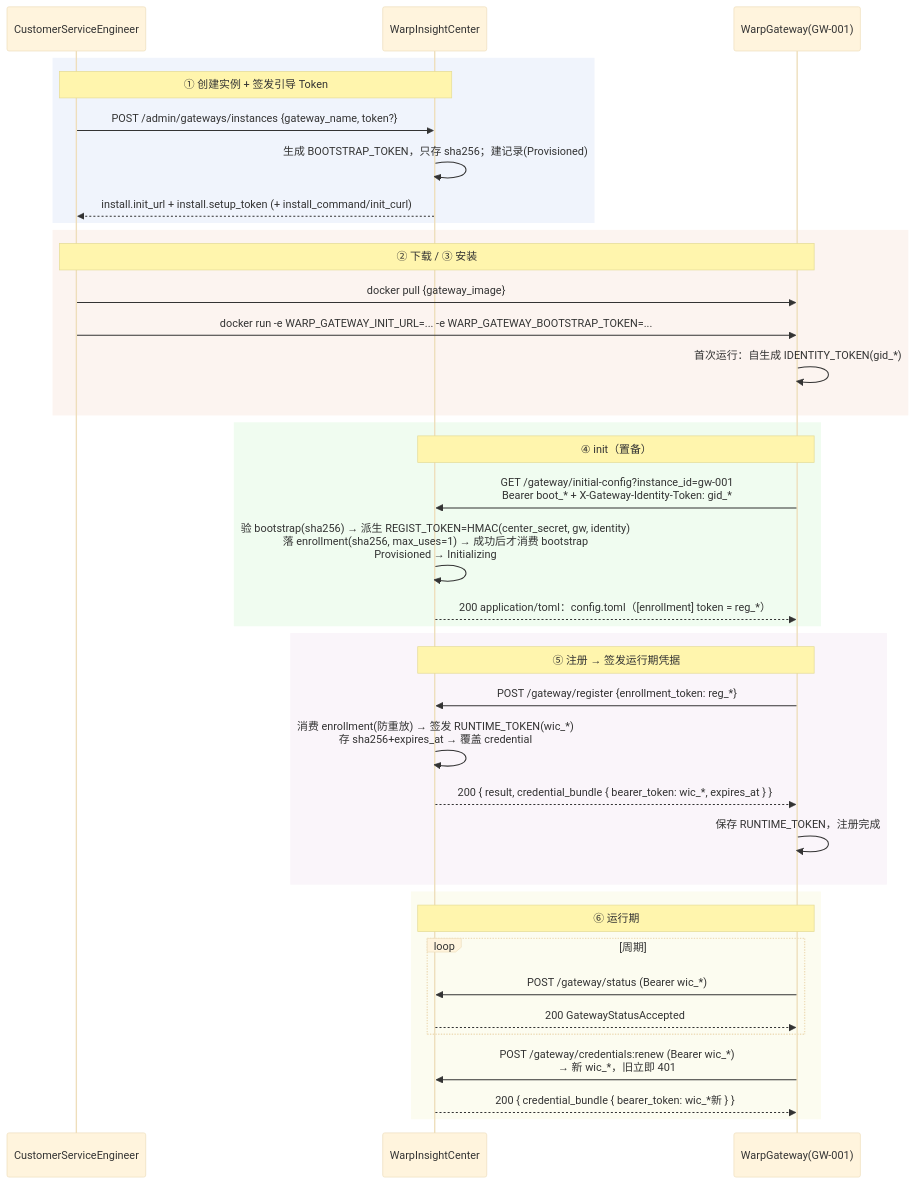
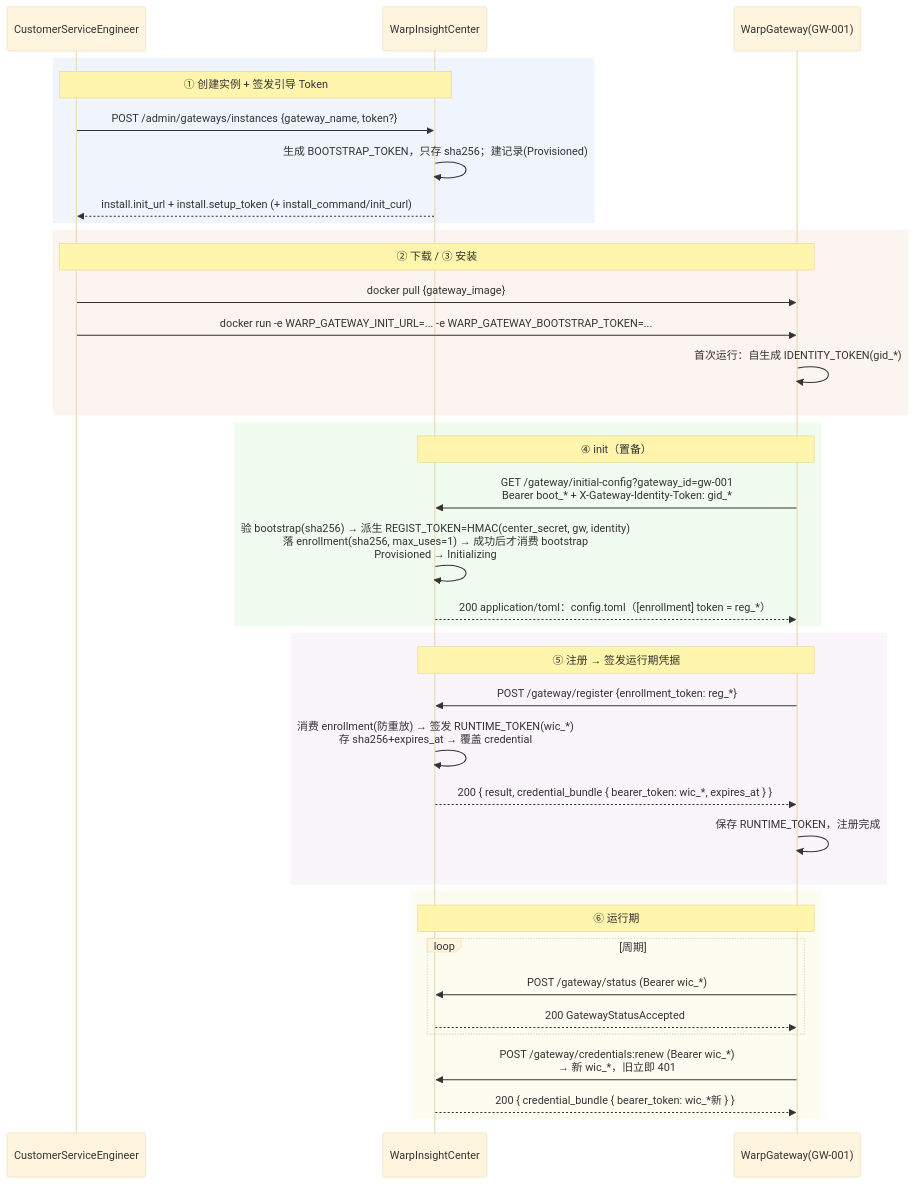
Before and after one commit to dayu-sec/wist-design: the diagram in doc/design/center/gateway-enrollment-flow.md, drawn with Mermaid (base theme). The commit also changed other lines of this file and 1 other file, not shown here.

First line of the commit message:
design(gateway): 安全注册到 Center —— 客户端证书 mTLS（取代运行期 bearer）

````diff
--- a/doc/design/center/gateway-enrollment-flow.md
+++ b/doc/design/center/gateway-enrollment-flow.md
@@ -27,45 +33,45 @@
 ```mermaid
 sequenceDiagram
     participant Admin as CustomerServiceEngineer
     participant Center as WarpInsightCenter
     participant GW as WarpGateway(GW-001)
 
     rect rgb(240,244,252)
     note over Admin,Center: ① 创建实例 + 签发引导 Token
     Admin->>Center: POST /admin/gateways/instances {gateway_name, token?}
     Center->>Center: 生成 BOOTSTRAP_TOKEN，只存 sha256；建记录(Provisioned)
     Center-->>Admin: install.init_url + install.setup_token (+ install_command/init_curl)
     end
 
     rect rgb(252,244,240)
     note over Admin,GW: ② 下载 / ③ 安装
     Admin->>GW: docker pull {gateway_image}
     Admin->>GW: docker run -e WARP_GATEWAY_INIT_URL=... -e WARP_GATEWAY_BOOTSTRAP_TOKEN=...
     GW->>GW: 首次运行：自生成 IDENTITY_TOKEN(gid_*)
     end
 
     rect rgb(240,252,240)
     note over GW,Center: ④ init（置备）
-    GW->>Center: GET /gateway/initial-config?instance_id=gw-001<br/>Bearer boot_* + X-Gateway-Identity-Token: gid_*
+    GW->>Center: GET /gateway/initial-config?gateway_id=gw-001<br/>Bearer boot_* + X-Gateway-Identity-Token: gid_*
     Center->>Center: 验 bootstrap(sha256) → 派生 REGIST_TOKEN=HMAC(center_secret, gw, identity)<br/>落 enrollment(sha256, max_uses=1) → 成功后才消费 bootstrap<br/>Provisioned → Initializing
     Center-->>GW: 200 application/toml：config.toml（[enrollment] token = reg_*）
     end
 
     rect rgb(250,245,250)
     note over GW,Center: ⑤ 注册 → 签发运行期凭据
     GW->>Center: POST /gateway/register {enrollment_token: reg_*}
     Center->>Center: 消费 enrollment(防重放) → 签发 RUNTIME_TOKEN(wic_*)<br/>存 sha256+expires_at → 覆盖 credential
     Center-->>GW: 200 { result, credential_bundle { bearer_token: wic_*, expires_at } }
     GW->>GW: 保存 RUNTIME_TOKEN，注册完成
     end
 
     rect rgb(252,252,240)
     note over GW,Center: ⑥ 运行期
     loop 周期
         GW->>Center: POST /gateway/status (Bearer wic_*)
         Center-->>GW: 200 GatewayStatusAccepted
     end
     GW->>Center: POST /gateway/credentials:renew (Bearer wic_*)  <br/>→ 新 wic_*，旧立即 401
     Center-->>GW: 200 { credential_bundle { bearer_token: wic_*新 } }
     end
 ```
````
